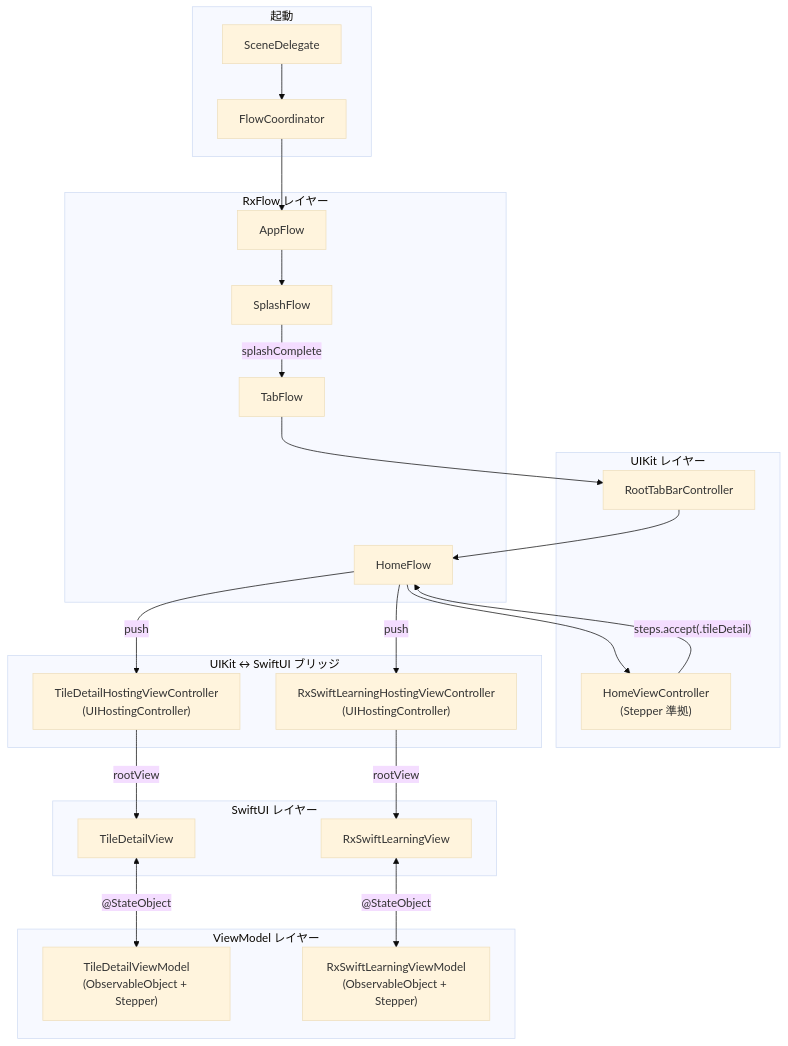
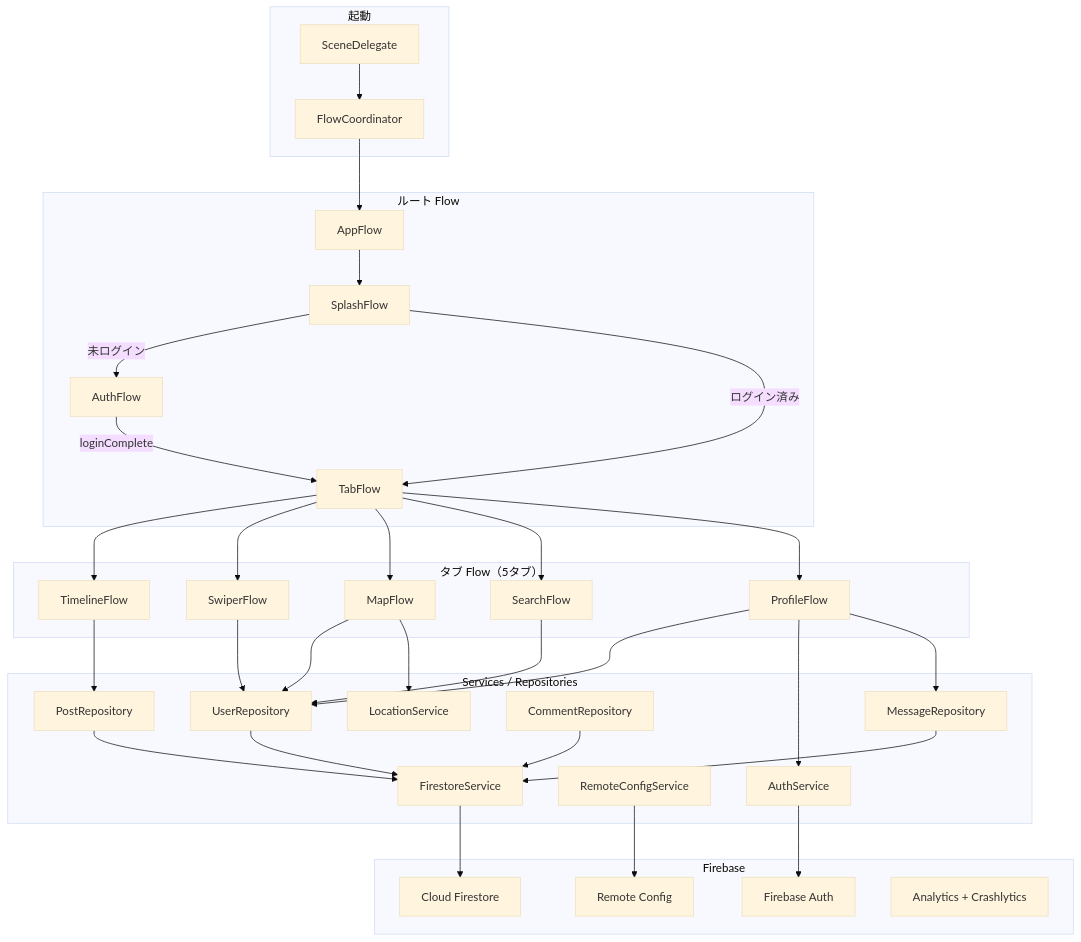
Before and after one commit to boywithdv/SwiftSampleApp: the first of 5 diagrams in README.md, drawn with Mermaid (base theme). The commit also changed other lines of this file and 1 other file, not shown here.

````diff
--- a/README.md
+++ b/README.md
@@ -37,49 +118,69 @@
 ```mermaid
 graph TD
     subgraph Entry["起動"]
         SD[SceneDelegate]
         FC[FlowCoordinator]
     end
 
-    subgraph Flows["RxFlow レイヤー"]
+    subgraph RootFlows["ルート Flow"]
         AF[AppFlow]
         SF[SplashFlow]
+        AuthF[AuthFlow]
         TF[TabFlow]
-        HF[HomeFlow]
     end
 
-    subgraph UIKit["UIKit レイヤー"]
-        RTBC[RootTabBarController]
-        HomeVC["HomeViewController\n(Stepper 準拠)"]
+    subgraph TabFlows["タブ Flow（5タブ）"]
+        TL[TimelineFlow]
+        SW[SwiperFlow]
+        MP[MapFlow]
+        SR[SearchFlow]
+        PR[ProfileFlow]
     end
 
-    subgraph Bridge["UIKit ↔ SwiftUI ブリッジ"]
-        TDHVC["TileDetailHostingViewController\n(UIHostingController)"]
-        RLHVC["RxSwiftLearningHostingViewController\n(UIHostingController)"]
+    subgraph Services["Services / Repositories"]
+        AS[AuthService]
+        UR[UserRepository]
+        PoR[PostRepository]
+        MR[MessageRepository]
+        CR[CommentRepository]
+        RC[RemoteConfigService]
+        LS[LocationService]
+        FS[FirestoreService]
     end
 
-    subgraph SwiftUI["SwiftUI レイヤー"]
-        TDV[TileDetailView]
-        RLV[RxSwiftLearningView]
-    end
-
-    subgraph VM["ViewModel レイヤー"]
-        TDVM["TileDetailViewModel\n(ObservableObject + Stepper)"]
-        RLVM["RxSwiftLearningViewModel\n(ObservableObject + Stepper)"]
+    subgraph Firebase["Firebase"]
+        FAuth[Firebase Auth]
+        FStore[Cloud Firestore]
+        FRC[Remote Config]
+        FAnalytics[Analytics + Crashlytics]
     end
 
     SD --> FC
     FC --> AF
     AF --> SF
-    SF -->|splashComplete| TF
-    TF --> RTBC
-    RTBC --> HF
-    HF --> HomeVC
-    HomeVC -->|"steps.accept(.tileDetail)"| HF
-    HF -->|push| TDHVC
-    HF -->|push| RLHVC
-    TDHVC -->|rootView| TDV
-    RLHVC -->|rootView| RLV
-    TDV <-->|"@StateObject"| TDVM
-    RLV <-->|"@StateObject"| RLVM
+    SF -->|未ログイン| AuthF
+    SF -->|ログイン済み| TF
+    AuthF -->|loginComplete| TF
+    TF --> TL
+    TF --> SW
+    TF --> MP
+    TF --> SR
+    TF --> PR
+
+    TL --> PoR
+    SW --> UR
+    MP --> UR
+    MP --> LS
+    SR --> UR
+    PR --> UR
+    PR --> AS
+    PR --> MR
+
+    AS --> FAuth
+    UR --> FS
+    PoR --> FS
+    MR --> FS
+    CR --> FS
+    FS --> FStore
+    RC --> FRC
 ```
````
